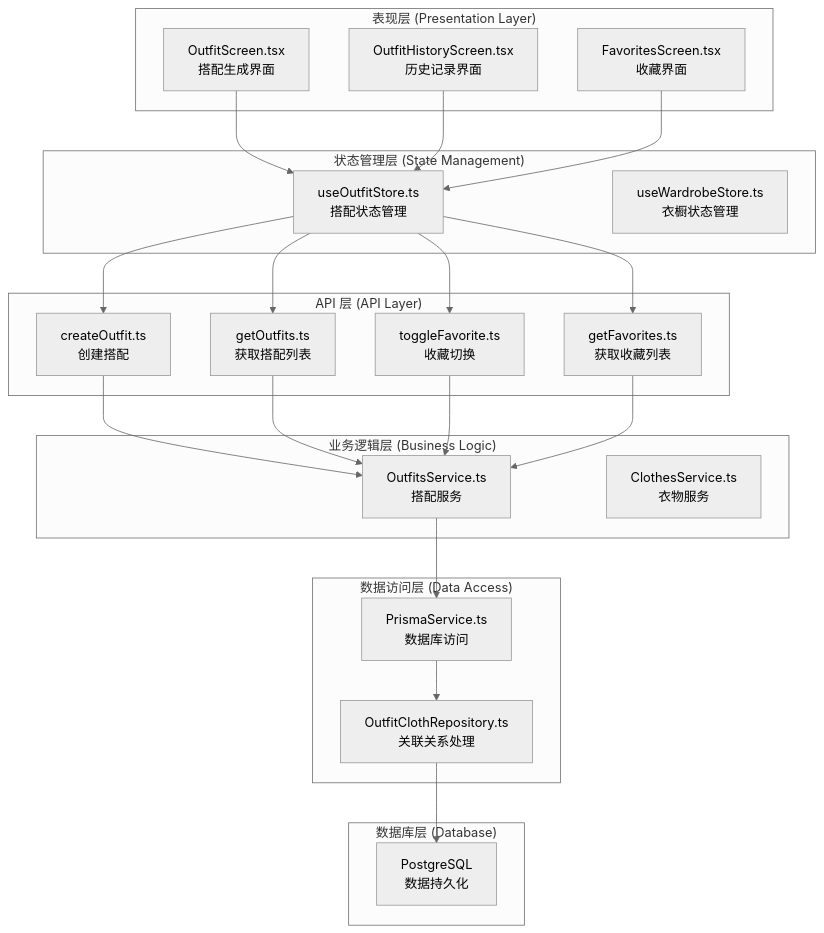
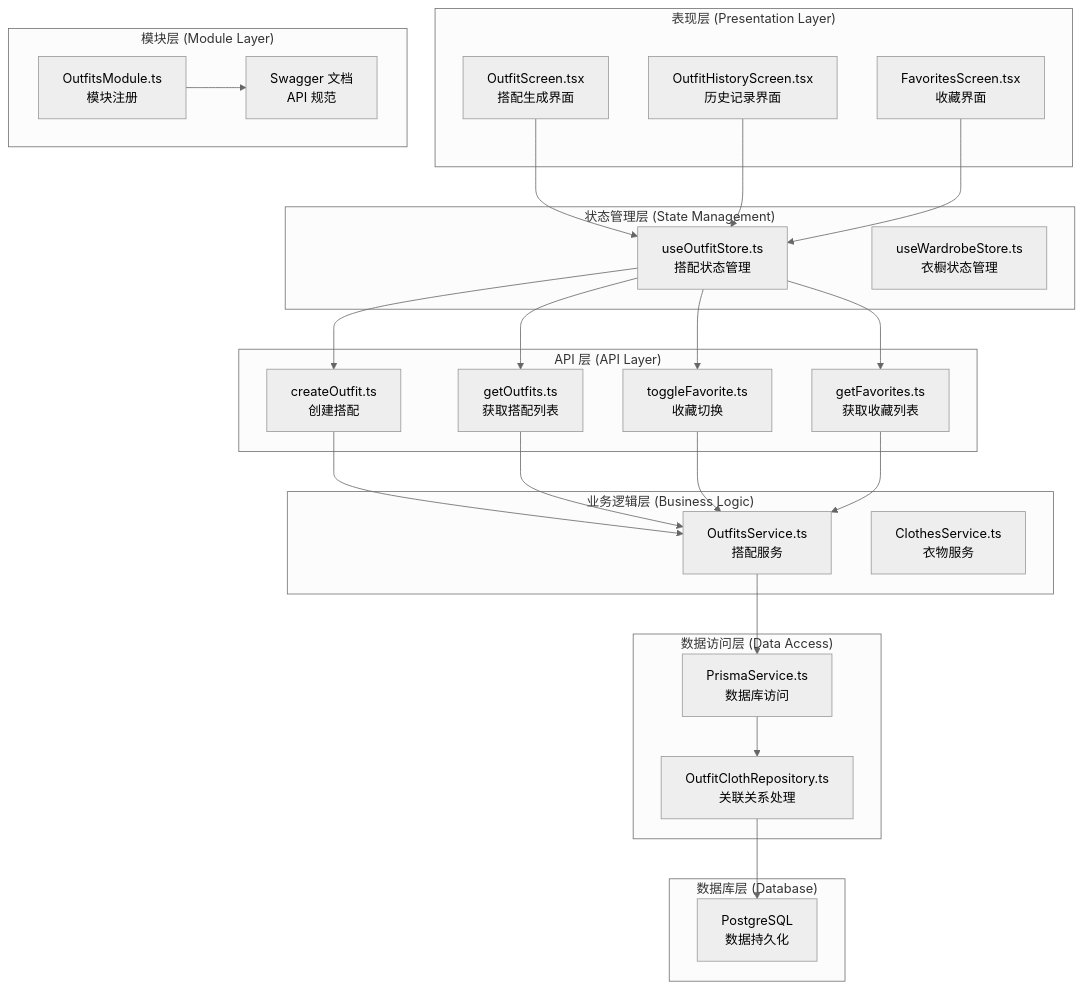
Before and after one commit to lsqwawa/free-dress: the fourth of 10 diagrams in .qoder/repowiki/zh/content/后端开发指南/核心模块详解/搭配模块.md, drawn with Mermaid (neutral theme). The commit also changed other lines of this file and 74 other files, not shown here.

````diff
--- a/.qoder/repowiki/zh/content/后端开发指南/核心模块详解/搭配模块.md
+++ b/.qoder/repowiki/zh/content/后端开发指南/核心模块详解/搭配模块.md
@@ -221,43 +242,48 @@
 ```mermaid
 graph TD
 subgraph "表现层 (Presentation Layer)"
 A[OutfitScreen.tsx<br/>搭配生成界面]
 B[OutfitHistoryScreen.tsx<br/>历史记录界面]
 C[FavoritesScreen.tsx<br/>收藏界面]
 end
 subgraph "状态管理层 (State Management)"
 D[useOutfitStore.ts<br/>搭配状态管理]
 E[useWardrobeStore.ts<br/>衣橱状态管理]
 end
 subgraph "API 层 (API Layer)"
 F[createOutfit.ts<br/>创建搭配]
 G[getOutfits.ts<br/>获取搭配列表]
 H[toggleFavorite.ts<br/>收藏切换]
 I[getFavorites.ts<br/>获取收藏列表]
 end
 subgraph "业务逻辑层 (Business Logic)"
 J[OutfitsService.ts<br/>搭配服务]
 K[ClothesService.ts<br/>衣物服务]
 end
 subgraph "数据访问层 (Data Access)"
 L[PrismaService.ts<br/>数据库访问]
 M[OutfitClothRepository.ts<br/>关联关系处理]
 end
 subgraph "数据库层 (Database)"
 N[PostgreSQL<br/>数据持久化]
 end
+subgraph "模块层 (Module Layer)"
+O[OutfitsModule.ts<br/>模块注册]
+P[Swagger 文档<br/>API 规范]
+end
 A --> D
 B --> D
 C --> D
 D --> F
 D --> G
 D --> H
 D --> I
 F --> J
 G --> J
 H --> J
 I --> J
 J --> L
 L --> M
 M --> N
+O --> P
 ```
````
